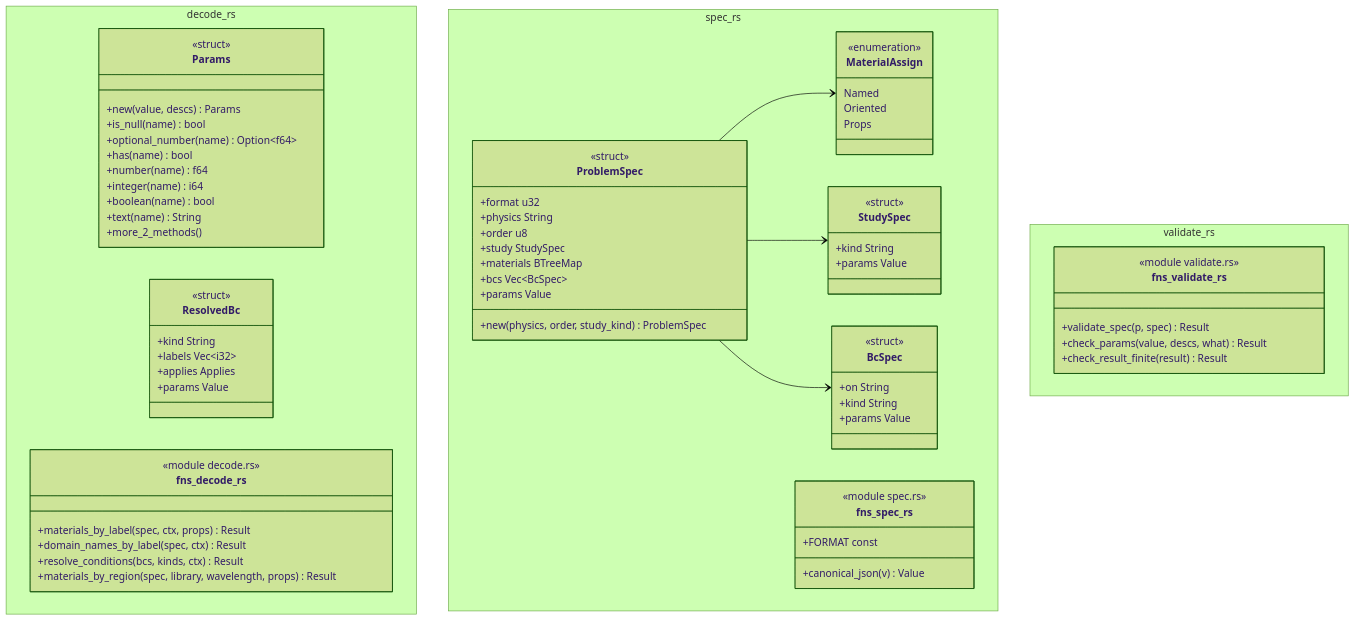
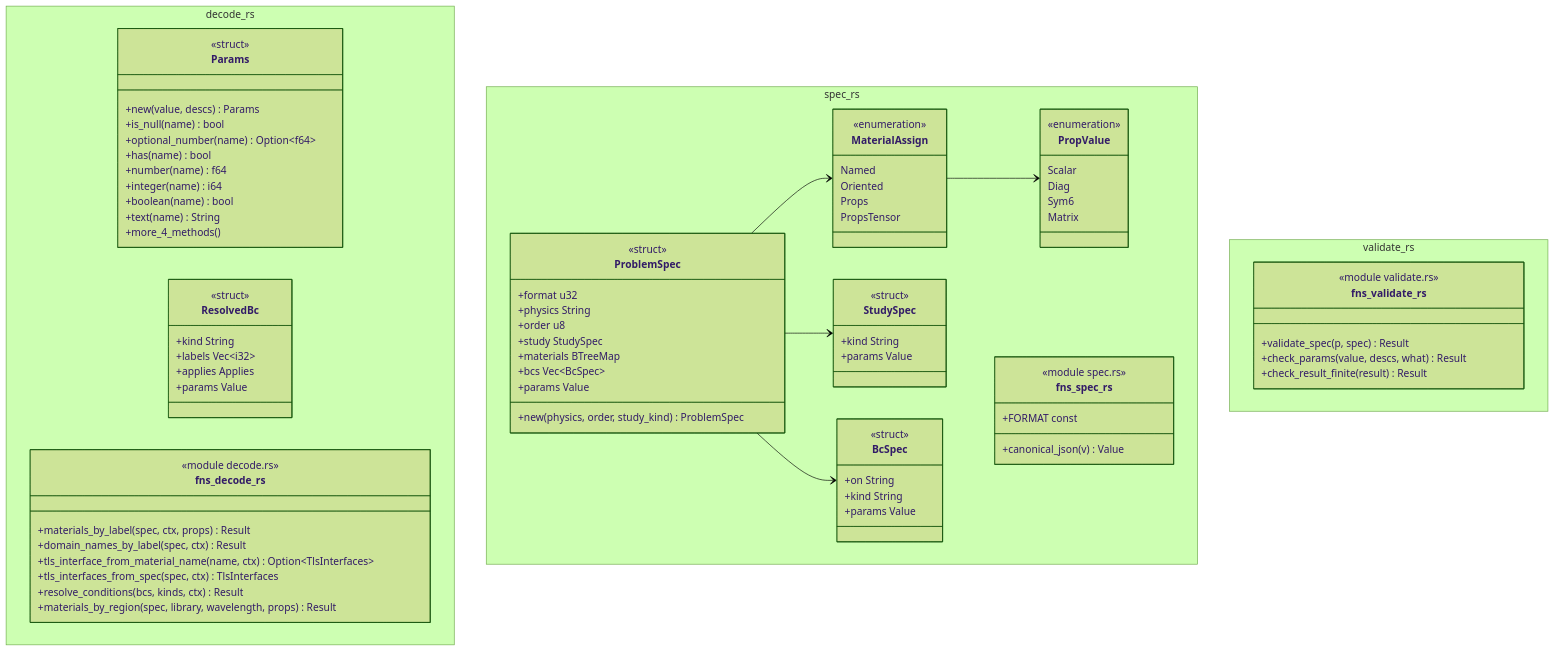
Before and after one commit to p-j-r/nyx: the diagram in docs/architecture/c4/4-code/physics/envelope.md, drawn with Mermaid (forest theme). The commit also changed other lines of this file and 150 other files, not shown here.

```diff
--- a/docs/architecture/c4/4-code/physics/envelope.md
+++ b/docs/architecture/c4/4-code/physics/envelope.md
@@ -60,7 +61,7 @@
         +integer(name) i64
         +boolean(name) bool
         +text(name) String
-        +more_2_methods()
+        +more_4_methods()
     }
     class ResolvedBc {
         <<struct>>
@@ -73,16 +74,26 @@
         <<module decode.rs>>
         +materials_by_label(spec, ctx, props) Result
         +domain_names_by_label(spec, ctx) Result
+        +tls_interface_from_material_name(name, ctx) Option~TlsInterfaces~
+        +tls_interfaces_from_spec(spec, ctx) TlsInterfaces
         +resolve_conditions(bcs, kinds, ctx) Result
         +materials_by_region(spec, library, wavelength, props) Result
     }
   }
   namespace spec_rs {
+    class PropValue {
+        <<enumeration>>
+        Scalar
+        Diag
+        Sym6
+        Matrix
+    }
     class MaterialAssign {
         <<enumeration>>
         Named
         Oriented
         Props
+        PropsTensor
     }
     class StudySpec {
         <<struct>>
@@ -120,6 +131,7 @@
         +check_result_finite(result) Result
     }
   }
+  MaterialAssign --> PropValue
   ProblemSpec --> StudySpec
   ProblemSpec --> MaterialAssign
   ProblemSpec --> BcSpec
```
